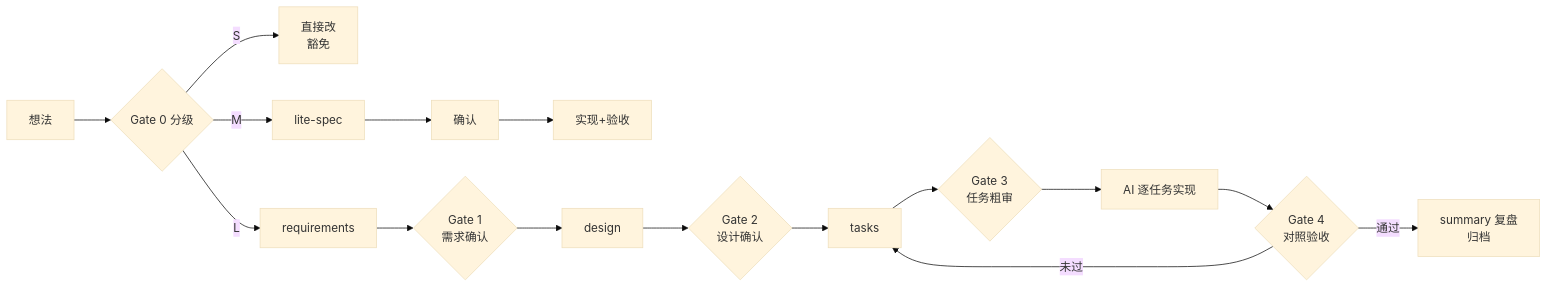
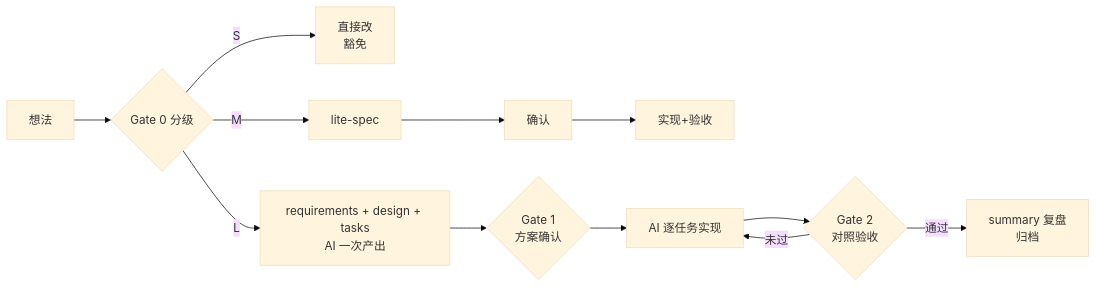
Before and after one commit to esmile-dev/axis: the diagram in docs/workflow.md, drawn with Mermaid (base theme). The commit also changed other lines of this file and 5 other files, not shown here.

````diff
--- a/docs/workflow.md
+++ b/docs/workflow.md
@@ -17,13 +17,11 @@
 ```mermaid
 flowchart LR
     A[想法] --> G0{Gate 0 分级}
     G0 -->|S| X[直接改<br/>豁免]
     G0 -->|M| L0[lite-spec] --> GL[确认] --> LI[实现+验收]
-    G0 -->|L| R[requirements] --> G1{Gate 1<br/>需求确认}
-    G1 --> D[design] --> G2{Gate 2<br/>设计确认}
-    G2 --> T[tasks] --> G3{Gate 3<br/>任务粗审}
-    G3 --> I[AI 逐任务实现]
-    I --> G4{Gate 4<br/>对照验收}
-    G4 -->|未过| T
-    G4 -->|通过| S2[summary 复盘<br/>归档]
+    G0 -->|L| SPEC[requirements + design + tasks<br/>AI 一次产出] --> G1{Gate 1<br/>方案确认}
+    G1 --> I[AI 逐任务实现]
+    I --> G2{Gate 2<br/>对照验收}
+    G2 -->|未过| I
+    G2 -->|通过| S2[summary 复盘<br/>归档]
 ```
````
